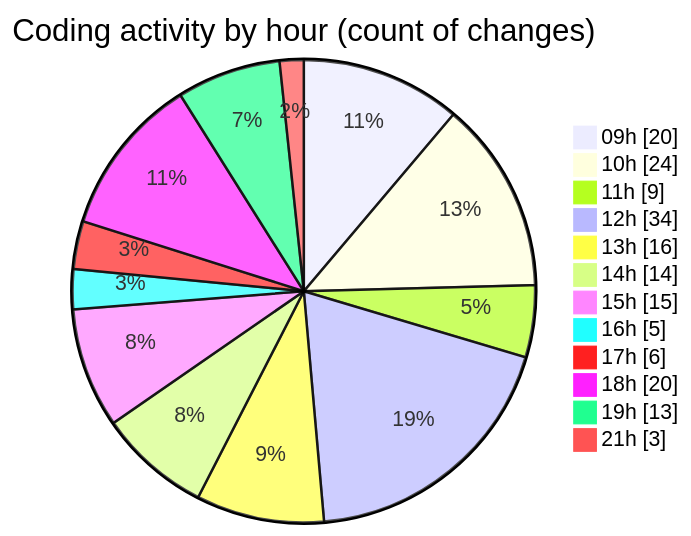
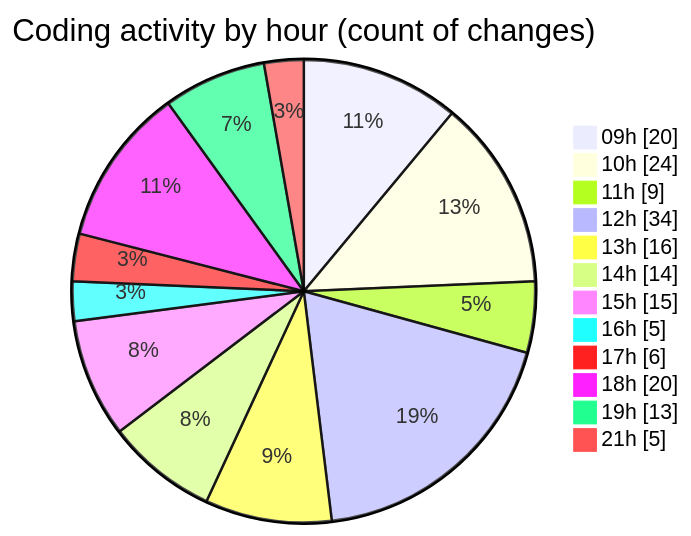
The second of 2 diagrams in 2025-05-19/cda/README.md (momahboobian/code-tracking), drawn with Mermaid before and after one commit. The commit also changed other lines of this file and 1 other file, not shown here.

````diff
--- a/2025-05-19/cda/README.md
+++ b/2025-05-19/cda/README.md
@@ -61,16 +61,16 @@
 ```mermaid
 pie showData
 title Coding activity by hour (count of changes)
 "09h" : 20
 "10h" : 24
 "11h" : 9
 "12h" : 34
 "13h" : 16
 "14h" : 14
 "15h" : 15
 "16h" : 5
 "17h" : 6
 "18h" : 20
 "19h" : 13
-"21h" : 3
+"21h" : 5
 ```
````
